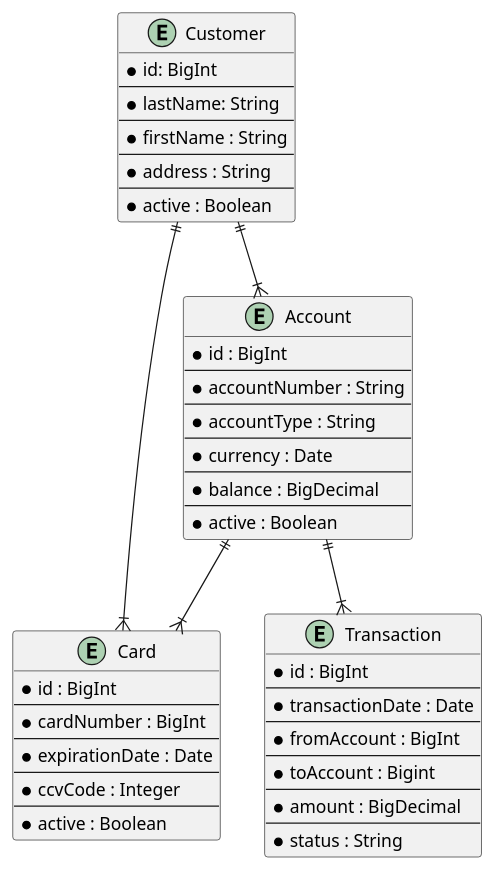
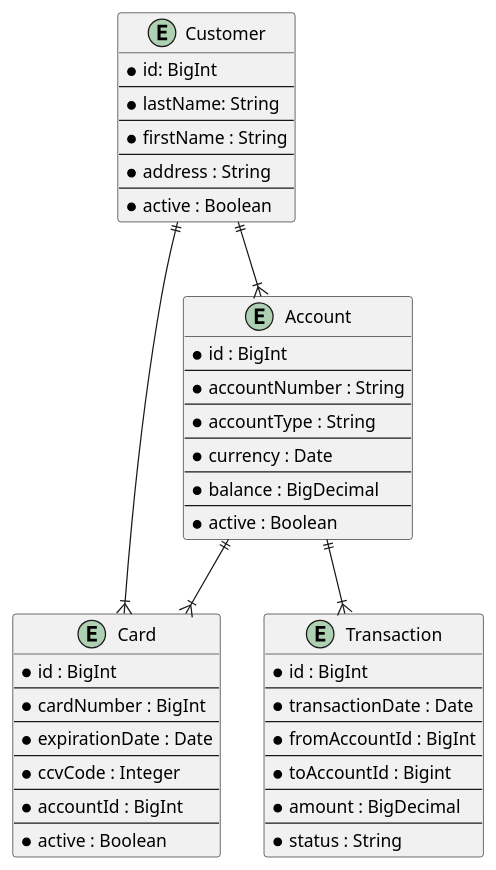
One commit to cstenkes/payment changed the diagram in src/main/resources/logical-data-model.puml. Above: the diagram before and after it, drawn with PlantUML. The commit also changed 27 other files, not shown here.

```diff
--- a/src/main/resources/logical-data-model.puml
+++ b/src/main/resources/logical-data-model.puml
@@ -1,63 +1,65 @@
 @startuml
 
 entity "Account" as account {
   *id : BigInt
   --
   *accountNumber : String
   --
   *accountType : String
   --
   *currency : Date
   --
   *balance : BigDecimal
   --
   *active : Boolean
 }
 
 entity "Customer" as customer {
   *id: BigInt
   --
   *lastName: String
   --
   *firstName : String
   --
   *address : String
   --
   *active : Boolean
 }
 
 entity "Card" as card {
   *id : BigInt
   --
   *cardNumber : BigInt
   --
   *expirationDate : Date
   --
   *ccvCode : Integer
   --
+  *accountId : BigInt
+  --
   *active : Boolean
 }
 
 entity "Transaction" as transaction {
   *id : BigInt
   --
   *transactionDate : Date
   --
-  *fromAccount : BigInt
+  *fromAccountId : BigInt
   --
-  *toAccount : Bigint
+  *toAccountId : Bigint
   --
   *amount : BigDecimal
   --
   *status : String
 }
 
 customer ||--|{ account
 
 account ||--|{ transaction
 
 account ||--|{ card
 
 customer ||--|{ card
 
 @enduml
```
